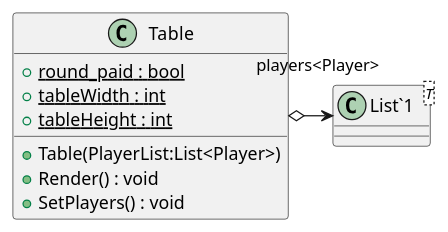
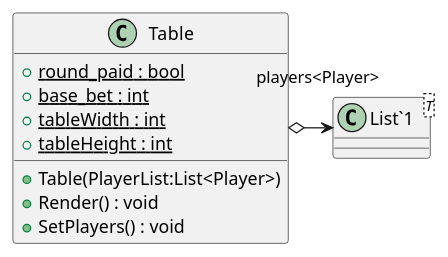
The diagram in diagram/src/Table.puml (risha700/OPAIC_blackJack), drawn with PlantUML before and after one commit. The commit also changed 17 other files, not shown here.

```diff
--- a/diagram/src/Table.puml
+++ b/diagram/src/Table.puml
@@ -1,13 +1,14 @@
 @startuml
 class Table {
     + {static} round_paid : bool
+    + {static} base_bet : int
     + {static} tableWidth : int
     + {static} tableHeight : int
     + Table(PlayerList:List<Player>)
     + Render() : void
     + SetPlayers() : void
 }
 class "List`1"<T> {
 }
 Table o-> "players<Player>" "List`1"
 @enduml
```
